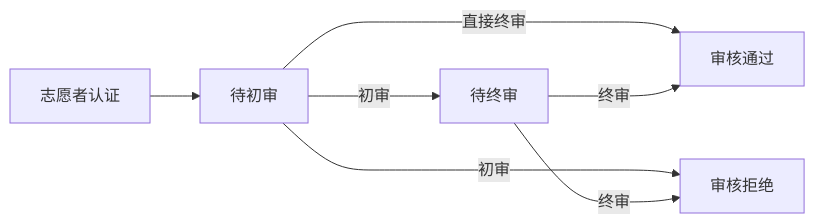
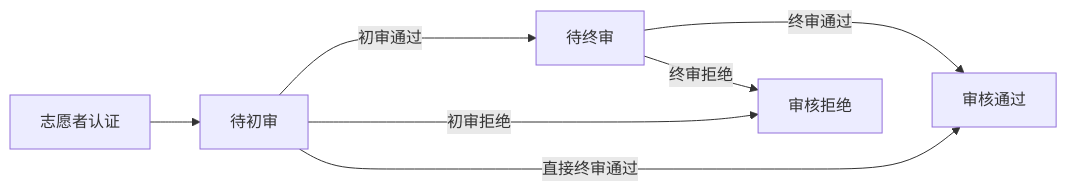
The third of 7 diagrams in 刑侦反骗码用户后台/刑侦反骗码用户后台-用户手册.md (SaintKayLuk/ZA-user-manual), drawn with Mermaid before and after one commit. The commit also changed other lines of this file and 3 other files, not shown here.

````diff
--- a/刑侦反骗码用户后台/刑侦反骗码用户后台-用户手册.md
+++ b/刑侦反骗码用户后台/刑侦反骗码用户后台-用户手册.md
@@ -412,8 +411,8 @@
 ```mermaid
 graph LR
-  1[志愿者认证] --> 2[待初审] --初审---> 3[待终审]
-  2[待初审] --初审---> 4[审核拒绝]
-  2[待初审] --直接终审---> 5[审核通过]
-  3[待终审] --终审---> 5[审核通过]
-  3[待终审] --终审---> 4[审核拒绝]
+  1[志愿者认证] --> 2[待初审] --初审通过---> 3[待终审]
+  2[待初审] --初审拒绝--> 4[审核拒绝]
+  2[待初审] --直接终审通过---> 5[审核通过]
+  3[待终审] --终审通过---> 5[审核通过]
+  3[待终审] --终审拒绝--> 4[审核拒绝]
 ```
````
